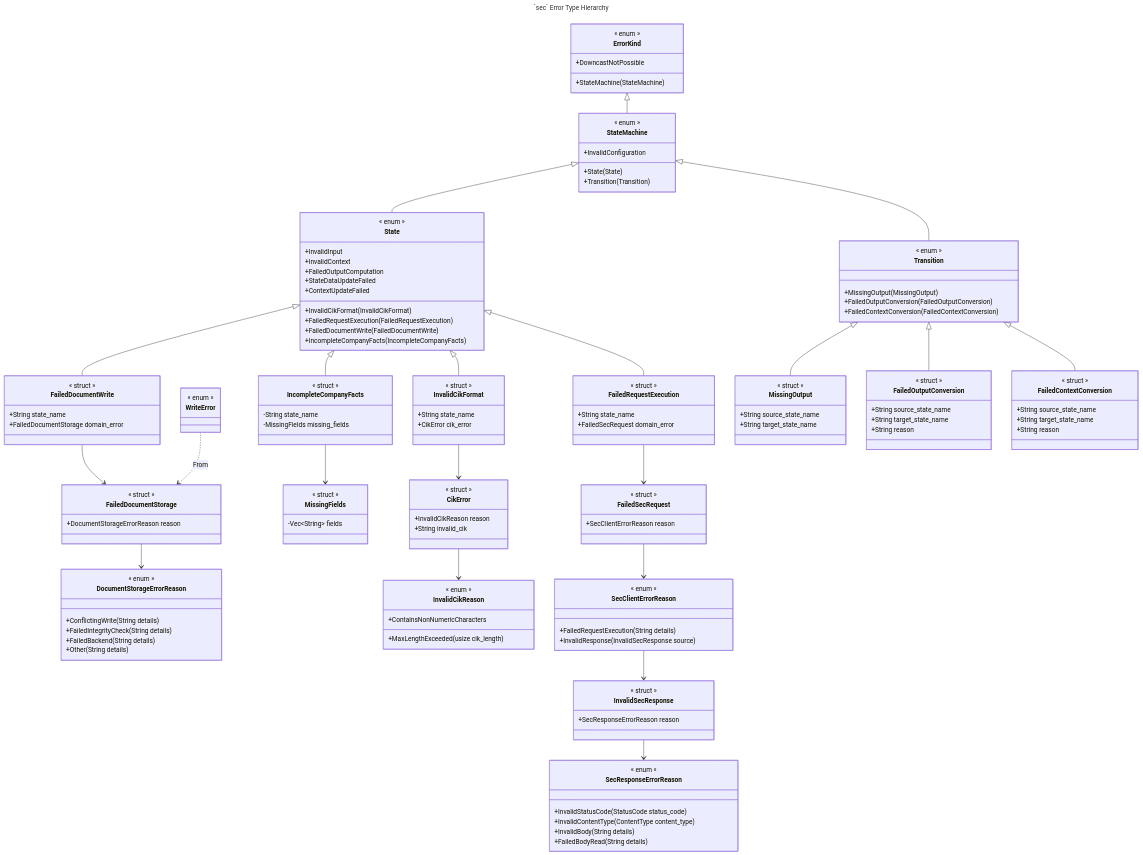
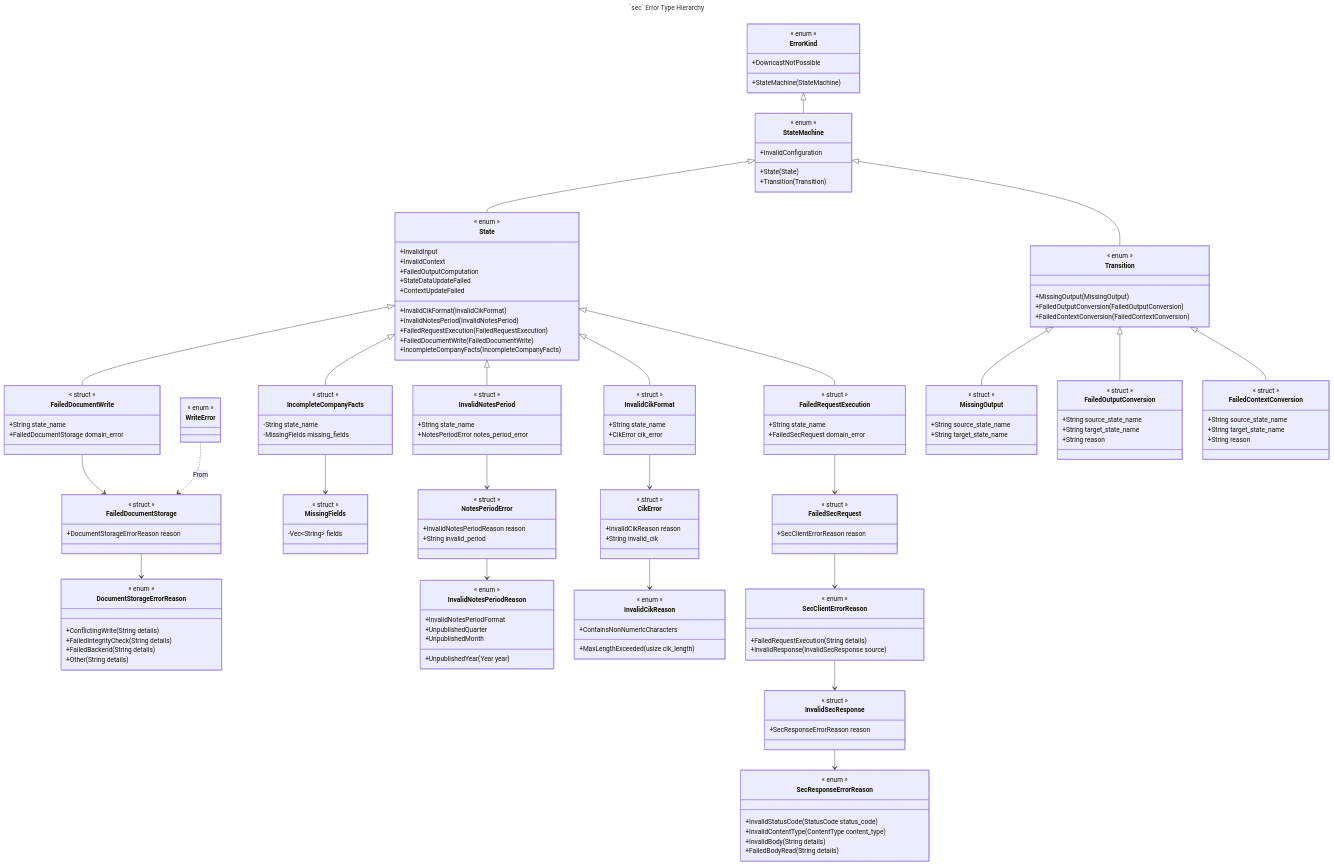
One commit to ironcapitaleu/arkad changed the diagram in sec/design/uml_class_diagram/sec_error_handling.md. Above: the diagram before and after it, drawn with Mermaid. The commit also changed 16 other files, not shown here.

First line of the commit message:
feat(sec): add the ValidateNotesPeriod and PrepareNotesRequest states

```diff
--- a/sec/design/uml_class_diagram/sec_error_handling.md
+++ b/sec/design/uml_class_diagram/sec_error_handling.md
@@ -22,6 +22,7 @@
         << enum >>
         %% Errors from internal state operations
         +InvalidCikFormat(InvalidCikFormat)
+        +InvalidNotesPeriod(InvalidNotesPeriod)
         +FailedRequestExecution(FailedRequestExecution)
         +FailedDocumentWrite(FailedDocumentWrite)
         +IncompleteCompanyFacts(IncompleteCompanyFacts)
@@ -45,6 +46,13 @@
         %% State-level wrapper for CIK validation errors
         +String state_name
         +CikError cik_error
+    }
+
+    class InvalidNotesPeriod{
+        << struct >>
+        %% State-level wrapper for Notes period validation errors
+        +String state_name
+        +NotesPeriodError notes_period_error
     }
 
     class FailedRequestExecution{
@@ -124,6 +132,22 @@
         +String invalid_cik
     }
 
+    class NotesPeriodError{
+        << struct >>
+        %% Domain error for an invalid Notes period
+        +InvalidNotesPeriodReason reason
+        +String invalid_period
+    }
+
+    class InvalidNotesPeriodReason{
+        << enum >>
+        %% Why a string failed Notes period validation
+        +InvalidNotesPeriodFormat
+        +UnpublishedYear(Year year)
+        +UnpublishedQuarter
+        +UnpublishedMonth
+    }
+
     class InvalidCikReason{
         << enum >>
         %% Why a string failed CIK validation
@@ -166,6 +190,7 @@
 
     %% State error wraps domain errors
     State <|-- InvalidCikFormat
+    State <|-- InvalidNotesPeriod
     State <|-- FailedRequestExecution
     State <|-- FailedDocumentWrite
     State <|-- IncompleteCompanyFacts
@@ -178,6 +203,8 @@
     %% State wrappers contain domain errors
     InvalidCikFormat --> CikError
     CikError --> InvalidCikReason
+    InvalidNotesPeriod --> NotesPeriodError
+    NotesPeriodError --> InvalidNotesPeriodReason
     IncompleteCompanyFacts --> MissingFields
     FailedRequestExecution --> FailedSecRequest
     FailedDocumentWrite --> FailedDocumentStorage
```
